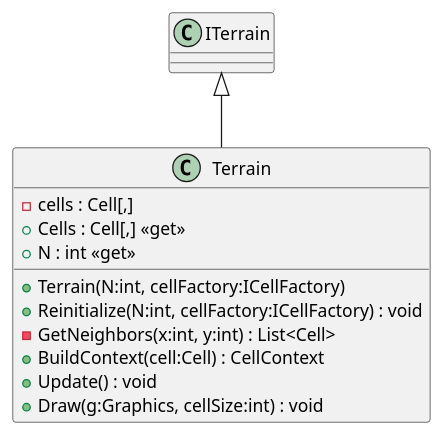
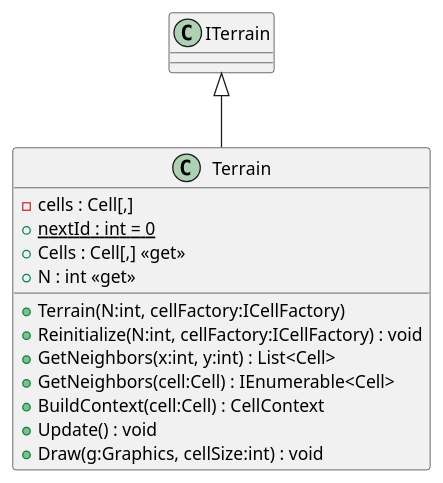
Before and after one commit to Margaritca2008/MyProjectOOP: the diagram in WinFormsApp2/uml/allInOne.puml/Terrain.puml, drawn with PlantUML. The commit also changed 11 other files, not shown here.

```diff
--- a/WinFormsApp2/uml/allInOne.puml/Terrain.puml
+++ b/WinFormsApp2/uml/allInOne.puml/Terrain.puml
@@ -1,14 +1,16 @@
 @startuml
 class Terrain {
     - cells : Cell[,]
+    + {static} nextId : int = 0
     + Terrain(N:int, cellFactory:ICellFactory)
     + Reinitialize(N:int, cellFactory:ICellFactory) : void
-    - GetNeighbors(x:int, y:int) : List<Cell>
+    + GetNeighbors(x:int, y:int) : List<Cell>
+    + GetNeighbors(cell:Cell) : IEnumerable<Cell>
     + Cells : Cell[,] <<get>>
     + N : int <<get>>
     + BuildContext(cell:Cell) : CellContext
     + Update() : void
     + Draw(g:Graphics, cellSize:int) : void
 }
 ITerrain <|-- Terrain
 @enduml
```
